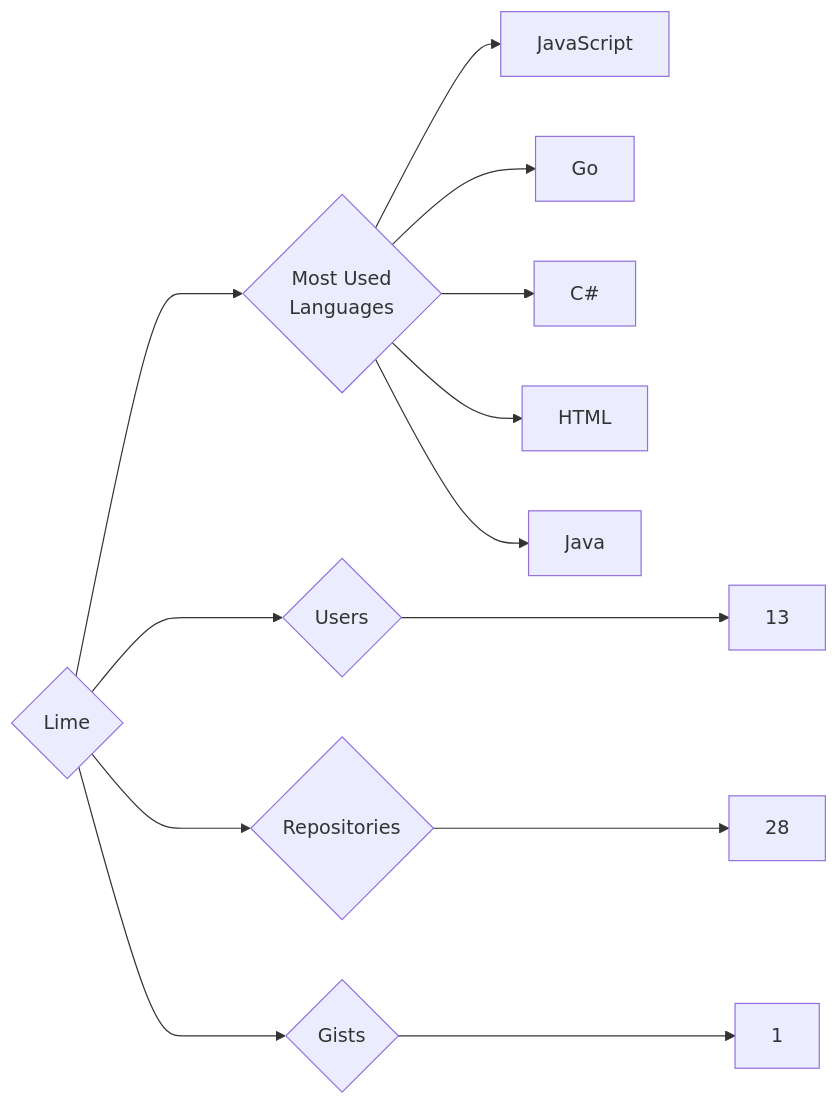
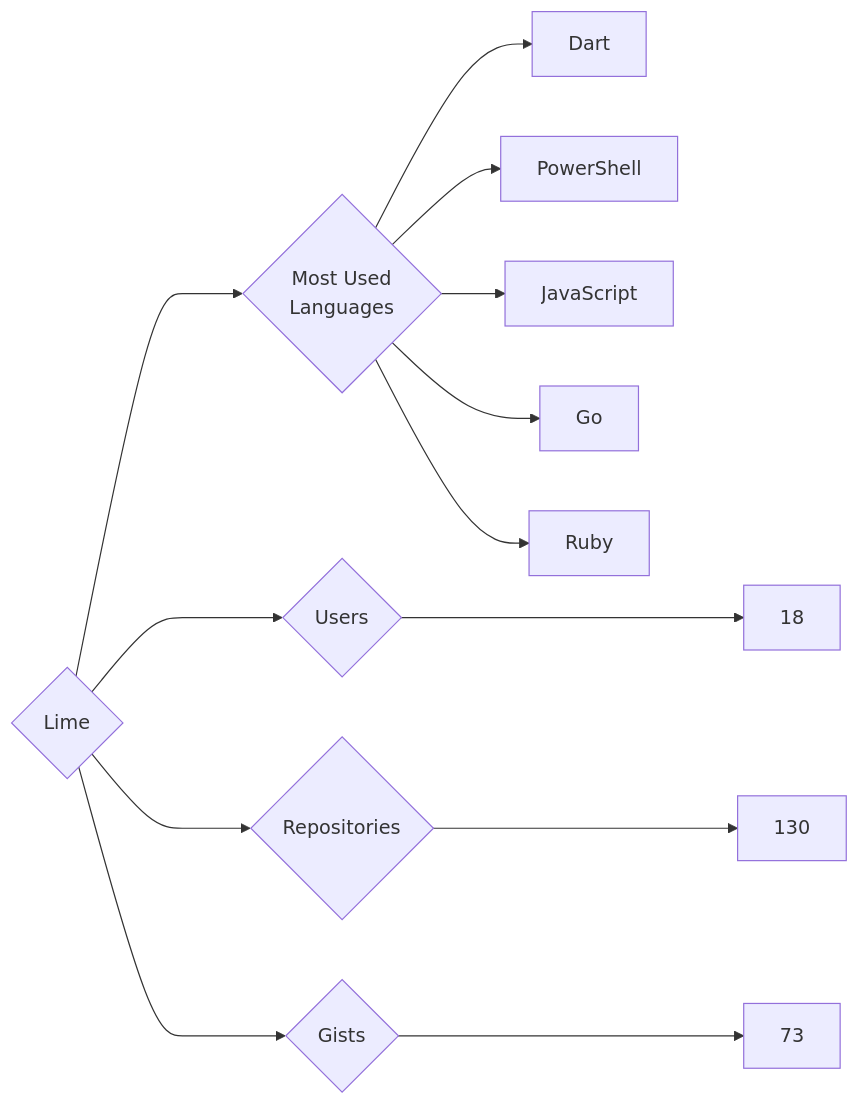
Before and after one commit to trickest/insiders: the diagram in targets/Lime/README.md, drawn with Mermaid. The commit also changed 611 other files, not shown here.

````diff
--- a/targets/Lime/README.md
+++ b/targets/Lime/README.md
@@ -3,13 +3,13 @@
 ```mermaid
 graph LR
 COMPANY_NAME{Lime}
-COMPANY_NAME ---> U{Users} ---> UN[13]
-COMPANY_NAME ---> R{Repositories} ---> RN[28]
-COMPANY_NAME ---> G{Gists} ---> GN[1]
+COMPANY_NAME ---> U{Users} ---> UN[18]
+COMPANY_NAME ---> R{Repositories} ---> RN[130]
+COMPANY_NAME ---> G{Gists} ---> GN[73]
 COMPANY_NAME ---> ML{Most Used<br>Languages}
+ML --> Dart[Dart]
+ML --> PowerShell[PowerShell]
 ML --> JavaScript[JavaScript]
 ML --> Go[Go]
-ML --> C#[C#]
-ML --> HTML[HTML]
-ML --> Java[Java]
+ML --> Ruby[Ruby]
 ```
````
